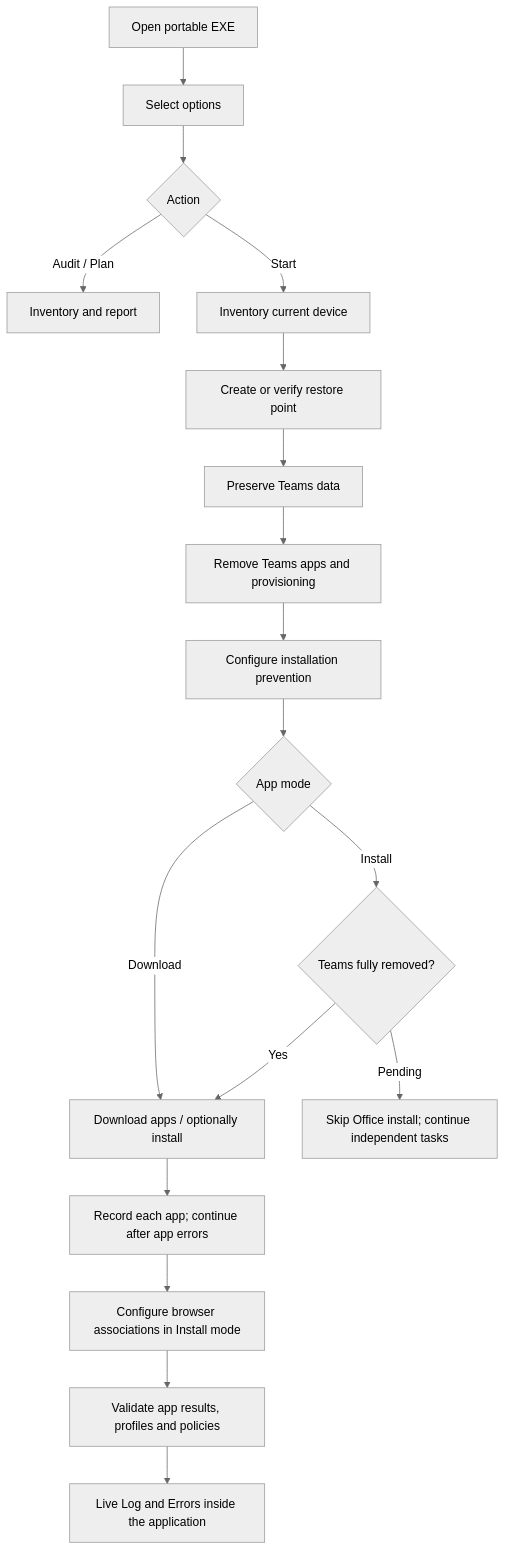
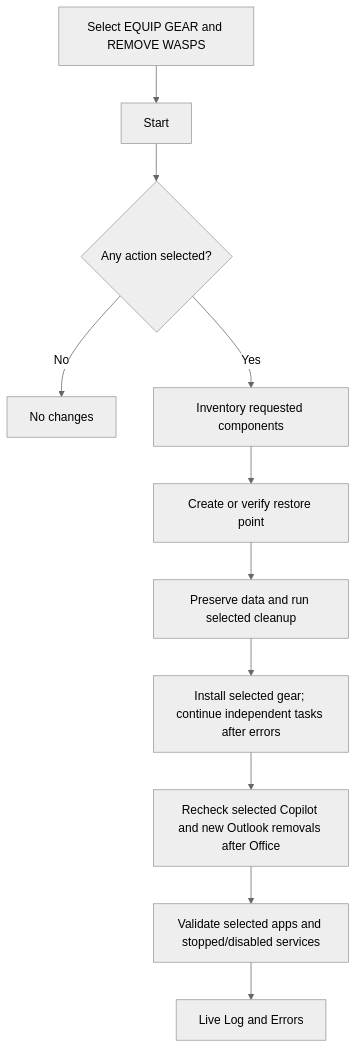
One commit to vitoriape/tinnosdebloat-win11 changed the diagram in README.md. Above: the diagram before and after it, drawn with Mermaid (neutral theme). The commit also changed other lines of this file and 15 other files, not shown here.

````diff
--- a/README.md
+++ b/README.md
@@ -262,20 +272,13 @@
 ```mermaid
 flowchart TD
-    A[Open portable EXE] --> B[Select options]
-    B --> C{Action}
-    C -->|Audit / Plan| D[Inventory and report]
-    C -->|Start| E[Inventory current device]
+    A[Select EQUIP GEAR and REMOVE WASPS] --> B[Start]
+    B --> C{Any action selected?}
+    C -->|No| D[No changes]
+    C -->|Yes| E[Inventory requested components]
     E --> F[Create or verify restore point]
-    F --> G[Preserve Teams data]
-    G --> H[Remove Teams apps and provisioning]
-    H --> I[Configure installation prevention]
-    I --> Q{App mode}
-    Q -->|Download| L[Download apps / optionally install]
-    Q -->|Install| J{Teams fully removed?}
-    J -->|Pending| K[Skip Office install; continue independent tasks]
-    J -->|Yes| L
-    L --> M[Record each app; continue after app errors]
-    M --> N[Configure browser associations in Install mode]
-    N --> O[Validate app results, profiles and policies]
-    O --> P[Live Log and Errors inside the application]
+    F --> G[Preserve data and run selected cleanup]
+    G --> H[Install selected gear; continue independent tasks after errors]
+    H --> I[Recheck selected Copilot and new Outlook removals after Office]
+    I --> J[Validate selected apps and stopped/disabled services]
+    J --> K[Live Log and Errors]
 ```
````
